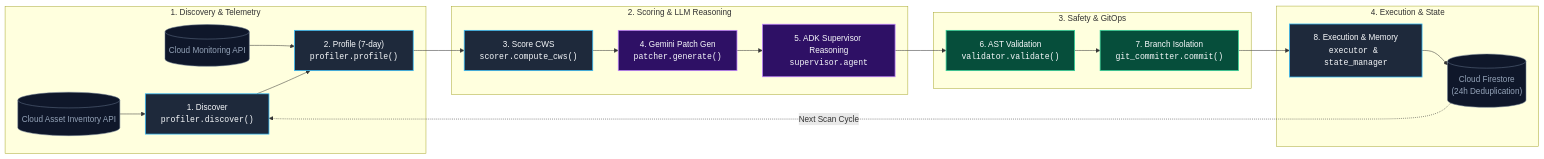
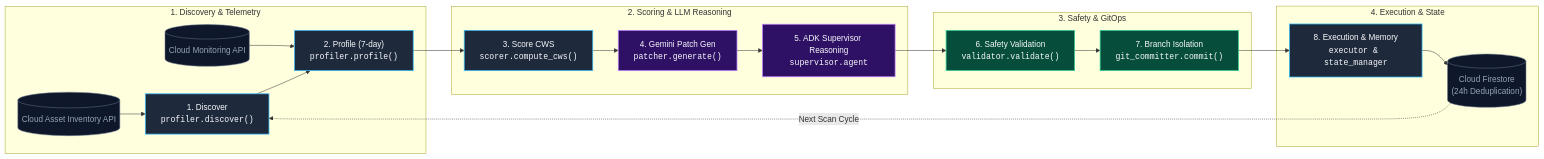
The diagram in README.md (rakeshraks2612-maker/AGEM), drawn with Mermaid before and after one commit. The commit also changed other lines of this file, not shown here.

Commit message:
docs(readme): synchronize CWS formula weights and safety validator terminology

````diff
--- a/README.md
+++ b/README.md
@@ -51,30 +51,30 @@
 ```mermaid
 flowchart LR
     classDef stepNode fill:#1e293b,stroke:#38bdf8,stroke-width:1.5px,color:#f8fafc;
     classDef llmNode fill:#2e1065,stroke:#c084fc,stroke-width:1.5px,color:#f8fafc;
     classDef guardNode fill:#064e3b,stroke:#34d399,stroke-width:1.5px,color:#f8fafc;
     classDef extNode fill:#0f172a,stroke:#64748b,stroke-width:1px,color:#94a3b8;
 
     subgraph Discovery["1. Discovery & Telemetry"]
         A1[("Cloud Asset Inventory API")]:::extNode --> P1["1. Discover<br/><code>profiler.discover()</code>"]:::stepNode
         A2[("Cloud Monitoring API")]:::extNode --> P2["2. Profile (7-day)<br/><code>profiler.profile()</code>"]:::stepNode
         P1 --> P2
     end
 
     subgraph Intelligence["2. Scoring & LLM Reasoning"]
         P2 --> P3["3. Score CWS<br/><code>scorer.compute_cws()</code>"]:::stepNode
         P3 --> P4["4. Gemini Patch Gen<br/><code>patcher.generate()</code>"]:::llmNode
         P4 --> P5["5. ADK Supervisor Reasoning<br/><code>supervisor.agent</code>"]:::llmNode
     end
 
     subgraph Safety["3. Safety & GitOps"]
-        P5 --> P6["6. AST Validation<br/><code>validator.validate()</code>"]:::guardNode
+        P5 --> P6["6. Safety Validation<br/><code>validator.validate()</code>"]:::guardNode
         P6 --> P7["7. Branch Isolation<br/><code>git_committer.commit()</code>"]:::guardNode
     end
 
     subgraph Execution["4. Execution & State"]
         P7 --> P8["8. Execution & Memory<br/><code>executor & state_manager</code>"]:::stepNode
         P8 --> A3[("Cloud Firestore<br/>(24h Deduplication)")]:::extNode
         A3 -.->|"Next Scan Cycle"| P1
     end
 ```
````
